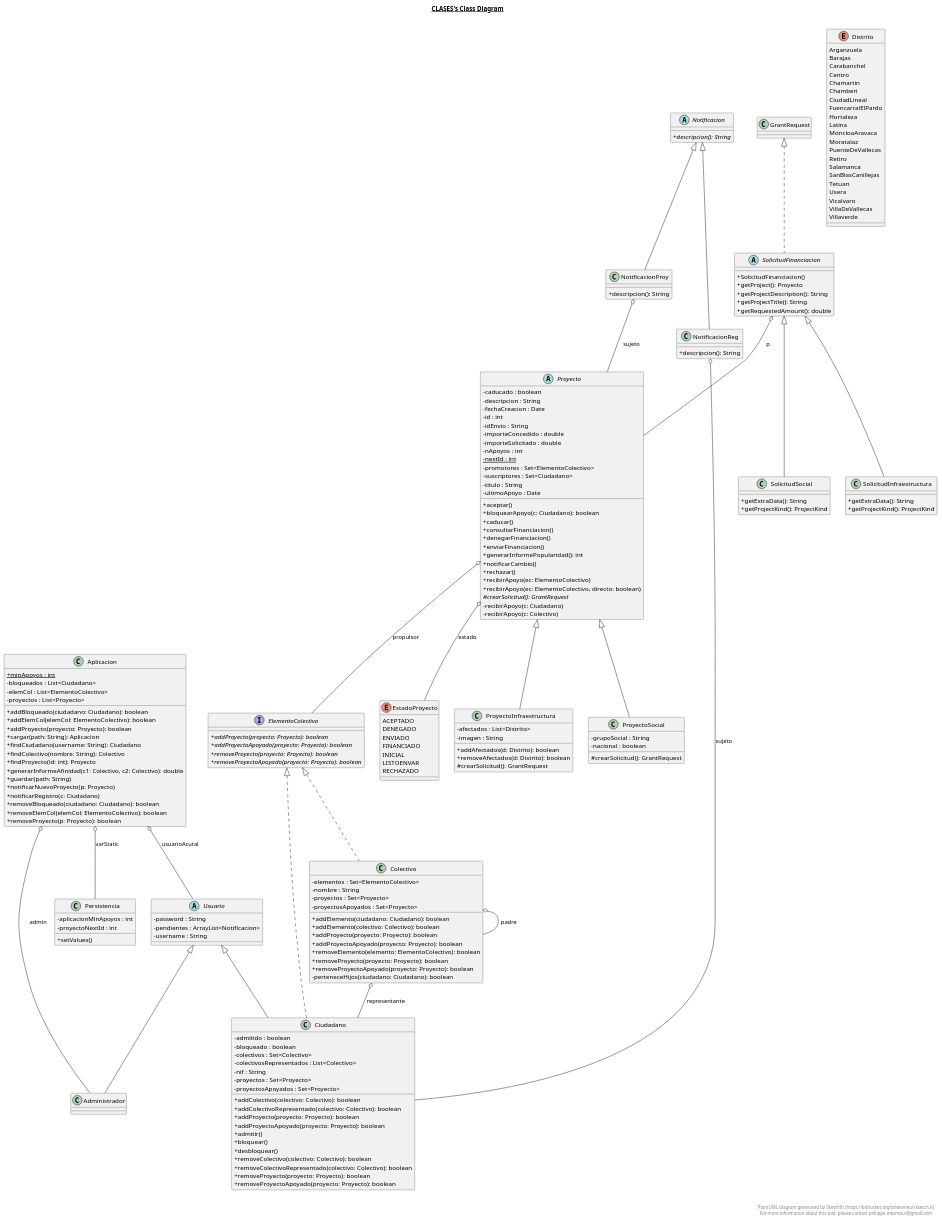
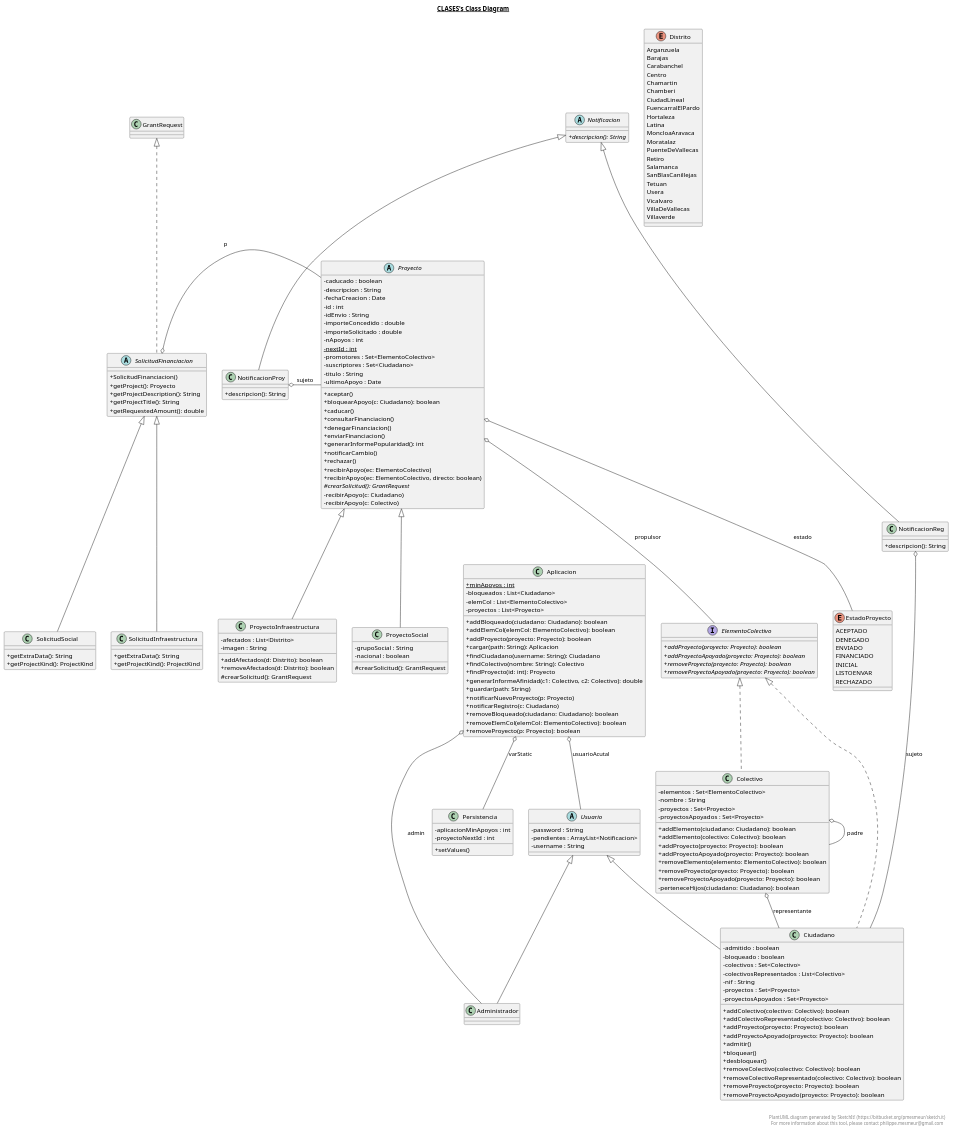
One commit to Fgp910/PADSOF_2020 changed the diagram in P3/src/vecindApp/clases/clases.plantuml. Above: the diagram before and after it, drawn with PlantUML.

```diff
--- a/P3/src/vecindApp/clases/clases.plantuml
+++ b/P3/src/vecindApp/clases/clases.plantuml
@@ -204,7 +204,7 @@
   Colectivo o-- Colectivo : padre
   Colectivo o-- Ciudadano : representante
   NotificacionProy -up-|> Notificacion
-  NotificacionProy o-- Proyecto : sujeto
+  NotificacionProy o-right- Proyecto : sujeto
   NotificacionReg -up-|> Notificacion
   NotificacionReg o-- Ciudadano : sujeto
   Proyecto o-- EstadoProyecto : estado
@@ -212,7 +212,7 @@
   ProyectoInfraestructura -up-|> Proyecto
   ProyectoSocial -up-|> Proyecto
   SolicitudFinanciacion .up.|> GrantRequest
-  SolicitudFinanciacion o-- Proyecto : p
+  SolicitudFinanciacion o-left- Proyecto : p
   SolicitudInfraestructura -up-|> SolicitudFinanciacion
   SolicitudSocial -up-|> SolicitudFinanciacion
 
```
